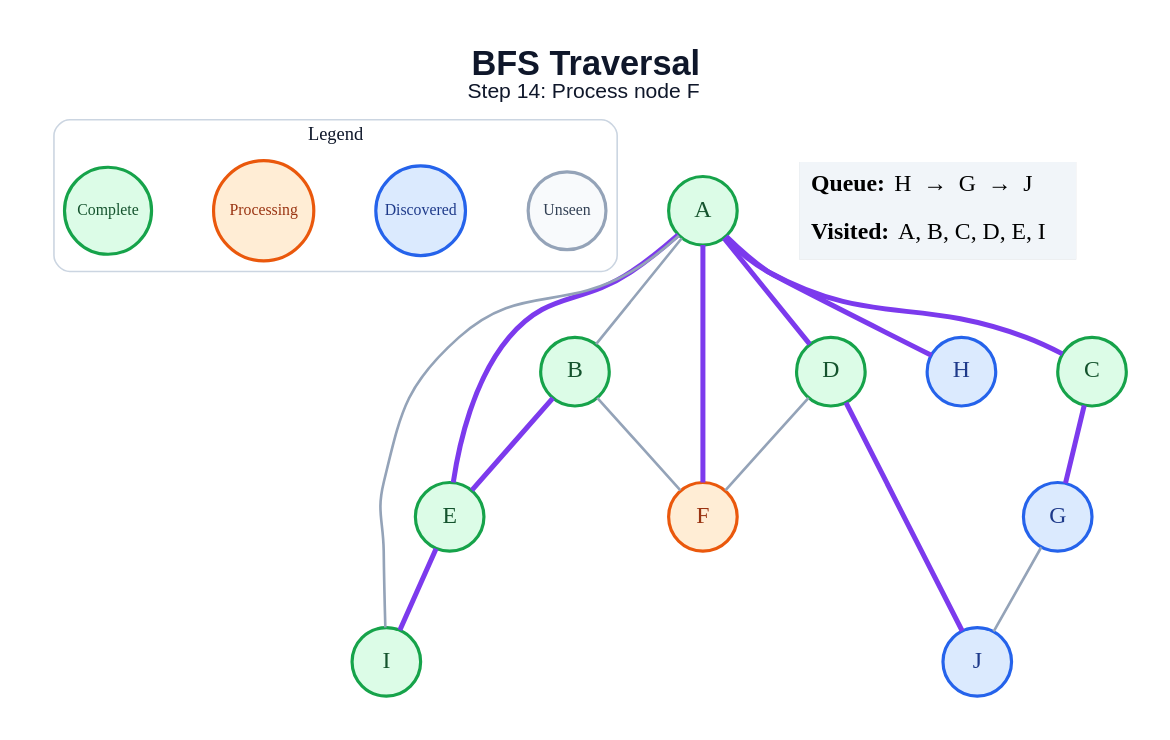
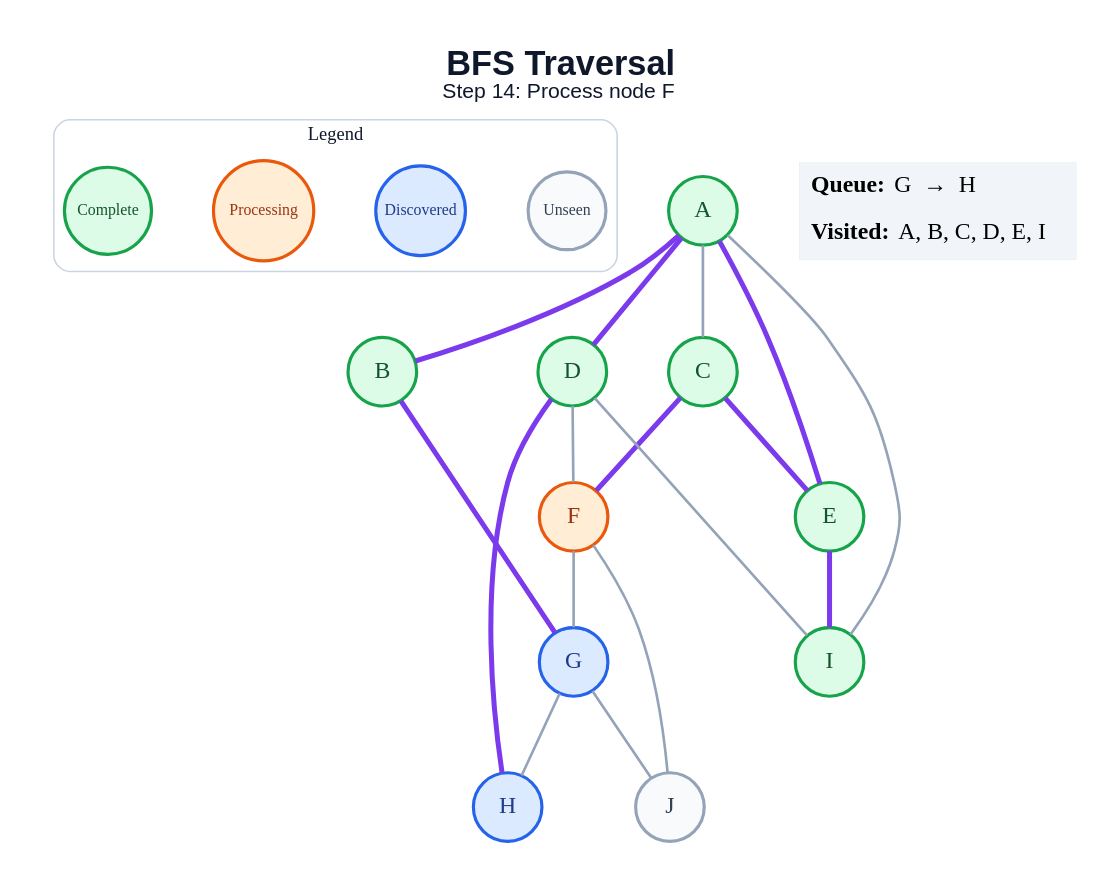
The diagram in generated/specific-node/bfs/step_14.dot (amanghodawala9/ai-slop), drawn with Graphviz before and after one commit. The commit also changed 178 other files, not shown here.

```diff
--- a/generated/specific-node/bfs/step_14.dot
+++ b/generated/specific-node/bfs/step_14.dot
@@ -1,43 +1,45 @@
 graph traversal {
   graph [layout=dot, rankdir=TB, bgcolor="#FFFFFF", pad="0.35", nodesep="0.65", ranksep="0.8", fontname="Arial"];
   node [shape=circle, style="filled", fontname="Arial Bold", fontsize=18, width=0.72, fixedsize=true, penwidth=2.4];
   edge [color="#94A3B8", penwidth=2.0];
   label=<<B>BFS Traversal</B><BR/><FONT POINT-SIZE="16">Step 14: Process node F</FONT>>; labelloc="t"; fontsize=26; fontname="Arial"; fontcolor="#0F172A";
   subgraph cluster_legend { label="Legend"; color="#CBD5E1"; penwidth=1.2; style="rounded"; fontsize=14; fontname="Arial Bold";
     key_unseen [label="Unseen", fillcolor="#F8FAFC", color="#94A3B8", fontcolor="#334155", fontsize=12, width=0.82];
     key_frontier [label="Discovered", fillcolor="#DBEAFE", color="#2563EB", fontcolor="#1E3A8A", fontsize=12, width=0.95];
     key_current [label="Processing", fillcolor="#FFEDD5", color="#EA580C", fontcolor="#9A3412", fontsize=12, width=1.05];
     key_done [label="Complete", fillcolor="#DCFCE7", color="#16A34A", fontcolor="#14532D", fontsize=12, width=0.92];
     { rank=same; key_unseen; key_frontier; key_current; key_done; }
   }
   A [fillcolor="#DCFCE7", color="#16A34A", fontcolor="#14532D"];
   B [fillcolor="#DCFCE7", color="#16A34A", fontcolor="#14532D"];
   C [fillcolor="#DCFCE7", color="#16A34A", fontcolor="#14532D"];
   D [fillcolor="#DCFCE7", color="#16A34A", fontcolor="#14532D"];
   E [fillcolor="#DCFCE7", color="#16A34A", fontcolor="#14532D"];
   F [fillcolor="#FFEDD5", color="#EA580C", fontcolor="#9A3412"];
   G [fillcolor="#DBEAFE", color="#2563EB", fontcolor="#1E3A8A"];
   H [fillcolor="#DBEAFE", color="#2563EB", fontcolor="#1E3A8A"];
   I [fillcolor="#DCFCE7", color="#16A34A", fontcolor="#14532D"];
-  J [fillcolor="#DBEAFE", color="#2563EB", fontcolor="#1E3A8A"];
-  A -- B;
-  A -- C [color="#7C3AED", penwidth=3.8];
+  J [fillcolor="#F8FAFC", color="#94A3B8", fontcolor="#334155"];
+  A -- B [color="#7C3AED", penwidth=3.8];
+  A -- C;
   A -- D [color="#7C3AED", penwidth=3.8];
   A -- E [color="#7C3AED", penwidth=3.8];
-  A -- F [color="#7C3AED", penwidth=3.8];
-  A -- H [color="#7C3AED", penwidth=3.8];
   A -- I;
-  B -- E [color="#7C3AED", penwidth=3.8];
-  B -- F;
-  C -- G [color="#7C3AED", penwidth=3.8];
+  B -- G [color="#7C3AED", penwidth=3.8];
+  C -- E [color="#7C3AED", penwidth=3.8];
+  C -- F [color="#7C3AED", penwidth=3.8];
   D -- F;
-  D -- J [color="#7C3AED", penwidth=3.8];
+  D -- H [color="#7C3AED", penwidth=3.8];
+  D -- I;
   E -- I [color="#7C3AED", penwidth=3.8];
+  F -- G;
+  F -- J;
+  G -- H;
   G -- J;
   status [shape=plain, fixedsize=false, width=0, height=0, margin=0, label=<
     <TABLE BORDER="0" CELLBORDER="0" CELLPADDING="7" BGCOLOR="#F1F5F9">
-      <TR><TD ALIGN="LEFT"><B>Queue:</B> H  →  G  →  J</TD></TR>
+      <TR><TD ALIGN="LEFT"><B>Queue:</B> G  →  H</TD></TR>
       <TR><TD ALIGN="LEFT"><B>Visited:</B> A, B, C, D, E, I</TD></TR>
     </TABLE>
   >];
 }
```
